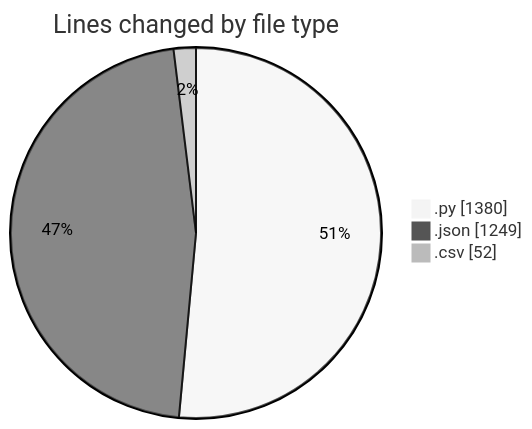
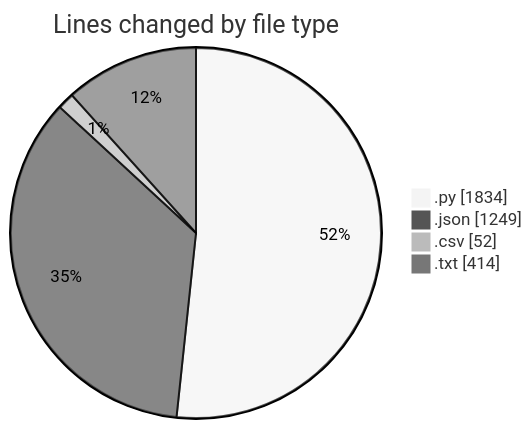
Before and after one commit to EIIisD/code-tracking: the first of 2 diagrams in 2025-07-28/refunds/README.md, drawn with Mermaid (neutral theme). The commit also changed other lines of this file and 1 other file, not shown here.

````diff
--- a/2025-07-28/refunds/README.md
+++ b/2025-07-28/refunds/README.md
@@ -23,7 +24,8 @@
 ```mermaid
 pie showData
 title Lines changed by file type
-".py" : 1380
+".py" : 1834
 ".json" : 1249
 ".csv" : 52
+".txt" : 414
 ```
````
